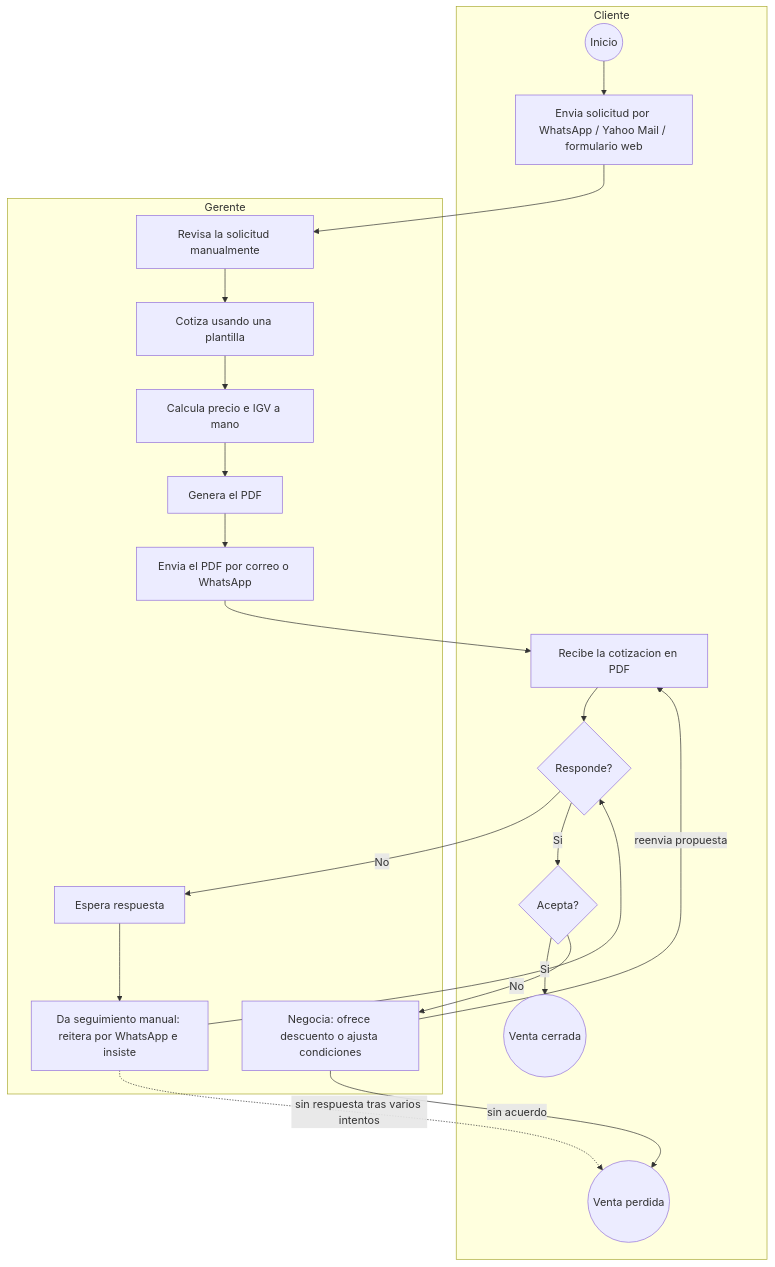
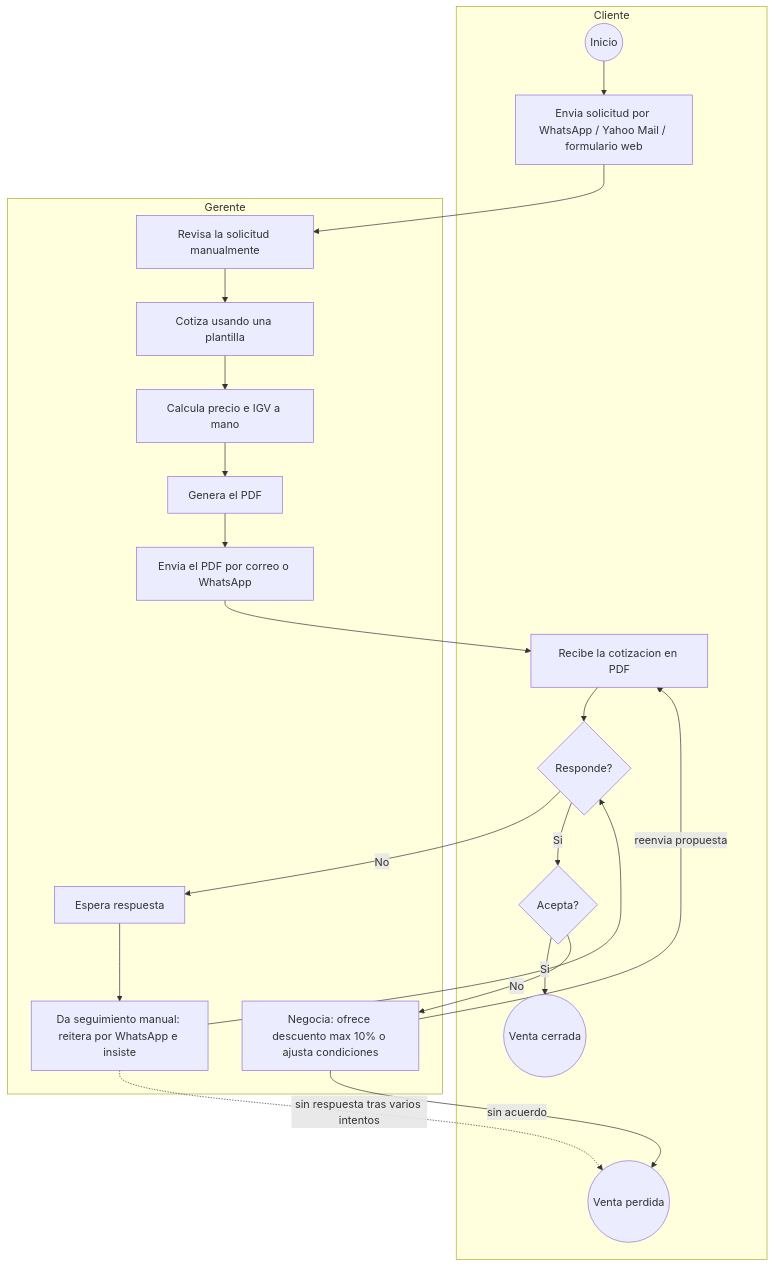
One commit to steveenmaque/InflesusventasPrototype changed the first of 3 diagrams in Documentacion/01_Desarrollo_Semanal/Semana_01_Introduccion/README.md. Above: the diagram before and after it, drawn with Mermaid. The commit also changed other lines of this file and 8 other files, not shown here.

````diff
--- a/Documentacion/01_Desarrollo_Semanal/Semana_01_Introduccion/README.md
+++ b/Documentacion/01_Desarrollo_Semanal/Semana_01_Introduccion/README.md
@@ -112,30 +113,30 @@
 ```mermaid
 flowchart TD
     subgraph Cliente
         A((Inicio)) --> B[Envia solicitud por WhatsApp / Yahoo Mail / formulario web]
         L[Recibe la cotizacion en PDF]
         M{Responde?}
         M2{Acepta?}
         N((Venta cerrada))
         X((Venta perdida))
     end
     subgraph Gerente
         C[Revisa la solicitud manualmente]
         D[Cotiza usando una plantilla]
         E[Calcula precio e IGV a mano]
         F[Genera el PDF]
         G[Envia el PDF por correo o WhatsApp]
         H[Espera respuesta]
         S[Da seguimiento manual: reitera por WhatsApp e insiste]
-        K[Negocia: ofrece descuento o ajusta condiciones]
+        K[Negocia: ofrece descuento max 10% o ajusta condiciones]
     end
     B --> C --> D --> E --> F --> G --> L
     L --> M
     M -- No --> H --> S --> M
     M -- Si --> M2
     M2 -- Si --> N
     M2 -- No --> K
     K -- reenvia propuesta --> L
     K -- sin acuerdo --> X
     S -. sin respuesta tras varios intentos .-> X
 ```
````
